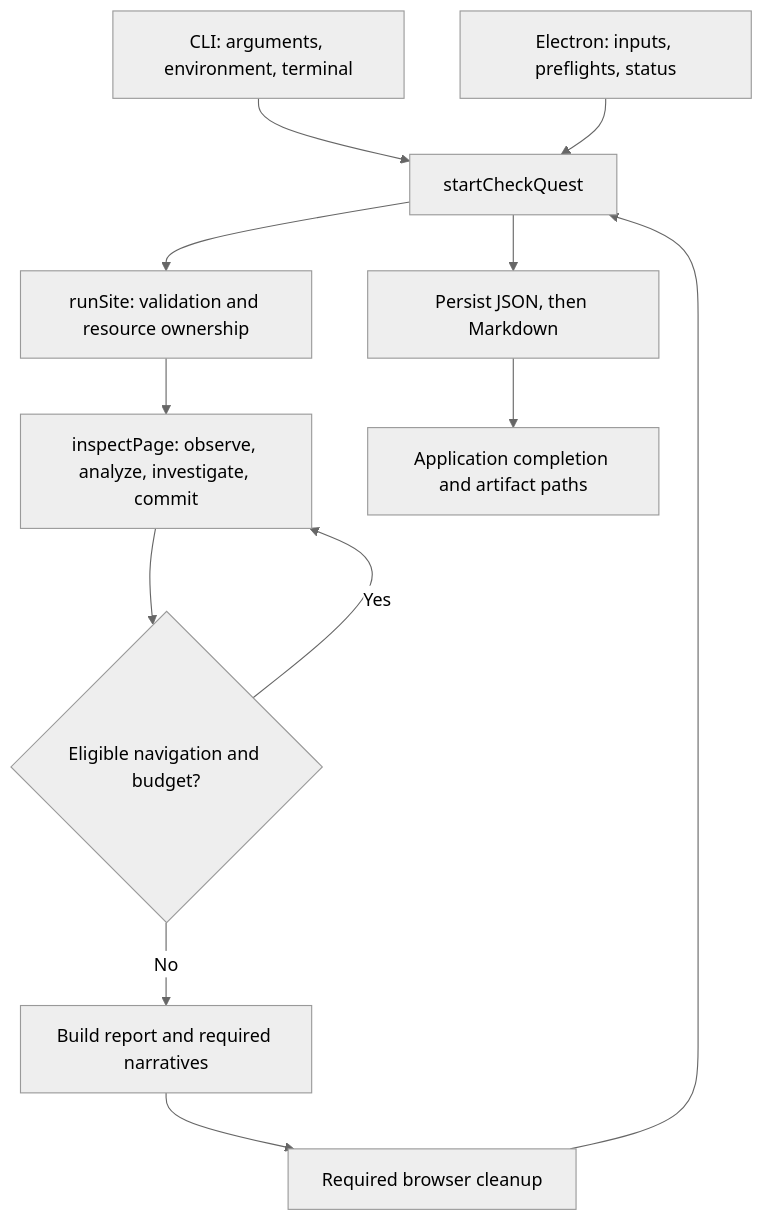
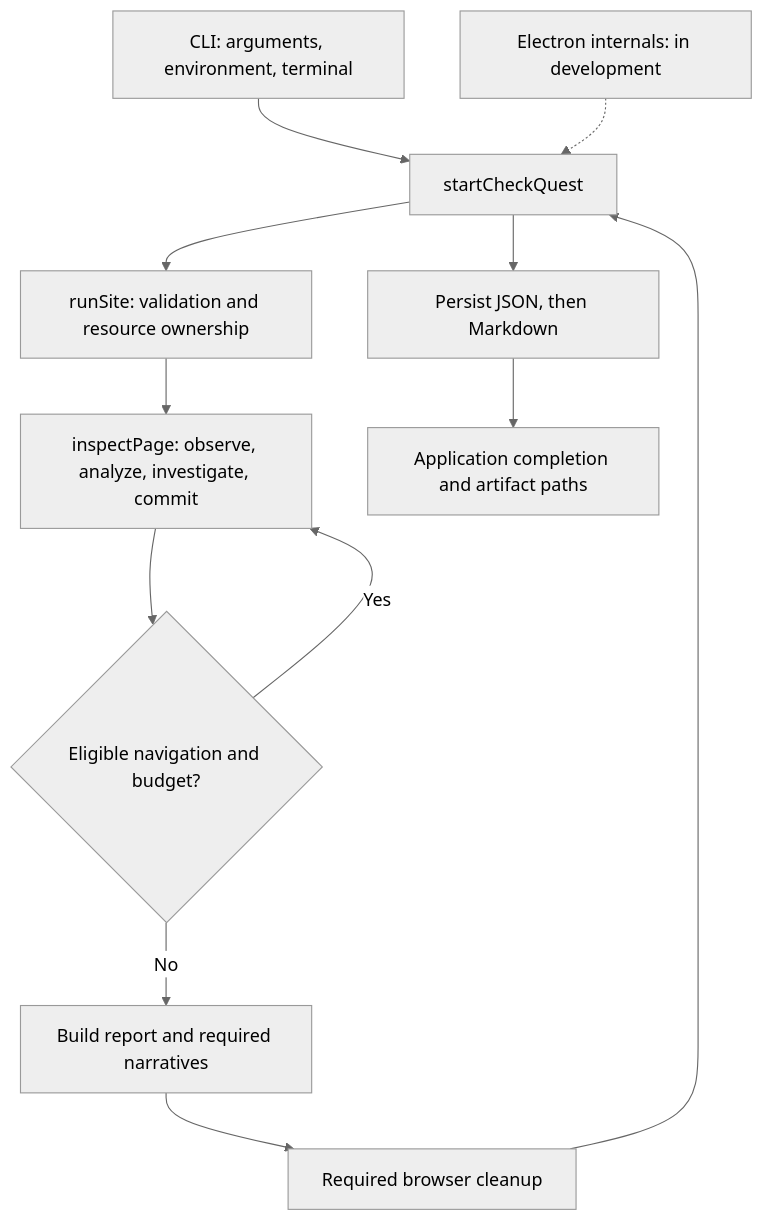
The diagram in docs/ARCHITECTURE.md (bootnihil/checkquest), drawn with Mermaid (neutral theme) before and after one commit. The commit also changed other lines of this file and 9 other files, not shown here.

````diff
--- a/docs/ARCHITECTURE.md
+++ b/docs/ARCHITECTURE.md
@@ -10,14 +14,14 @@
 ```mermaid
 flowchart TD
   CLI[CLI: arguments, environment, terminal] --> APP[startCheckQuest]
-  GUI[Electron: inputs, preflights, status] --> APP
+  GUI[Electron internals: in development] -.-> APP
   APP --> RUN[runSite: validation and resource ownership]
   RUN --> PAGE[inspectPage: observe, analyze, investigate, commit]
   PAGE --> NEXT{Eligible navigation and budget?}
   NEXT -->|Yes| PAGE
   NEXT -->|No| REPORT[Build report and required narratives]
   REPORT --> CLEAN[Required browser cleanup]
   CLEAN --> APP
   APP --> FILES[Persist JSON, then Markdown]
   FILES --> DONE[Application completion and artifact paths]
 ```
````
